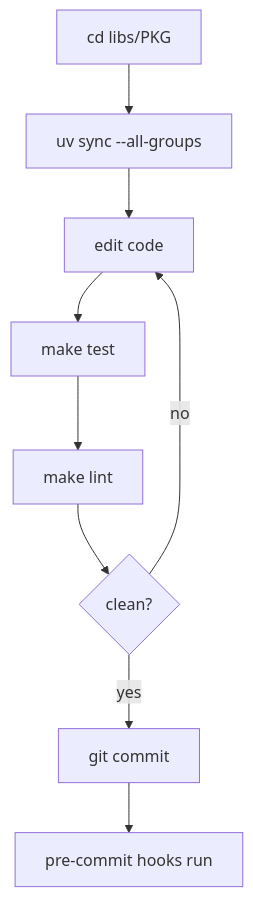
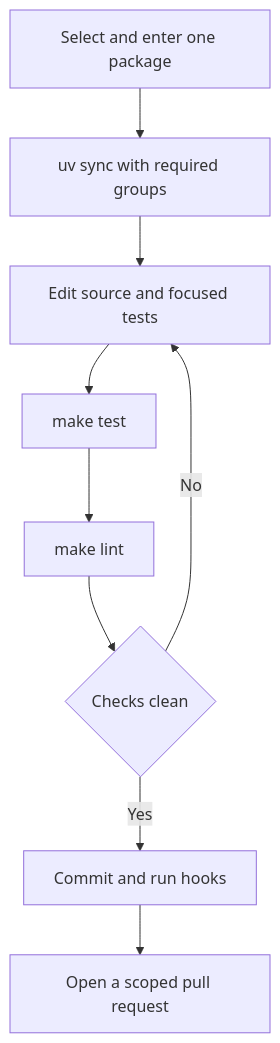
One commit to langchain-ai/deepagents changed the first of 2 diagrams in openwiki/operations/development.md. Above: the diagram before and after it, drawn with Mermaid. The commit also changed other lines of this file and 20 other files, not shown here.

````diff
--- a/openwiki/operations/development.md
+++ b/openwiki/operations/development.md
@@ -82,11 +85,11 @@
 ```mermaid
 flowchart TD
-    A["cd libs/PKG"] --> B["uv sync --all-groups"]
-    B --> C["edit code"]
+    A["Select and enter one package"] --> B["uv sync with required groups"]
+    B --> C["Edit source and focused tests"]
     C --> D["make test"]
     D --> E["make lint"]
-    E --> F{"clean?"}
-    F -->|no| C
-    F -->|yes| G["git commit"]
-    G --> H["pre-commit hooks run"]
+    E --> F{"Checks clean"}
+    F -->|"No"| C
+    F -->|"Yes"| G["Commit and run hooks"]
+    G --> H["Open a scoped pull request"]
 ```
````
